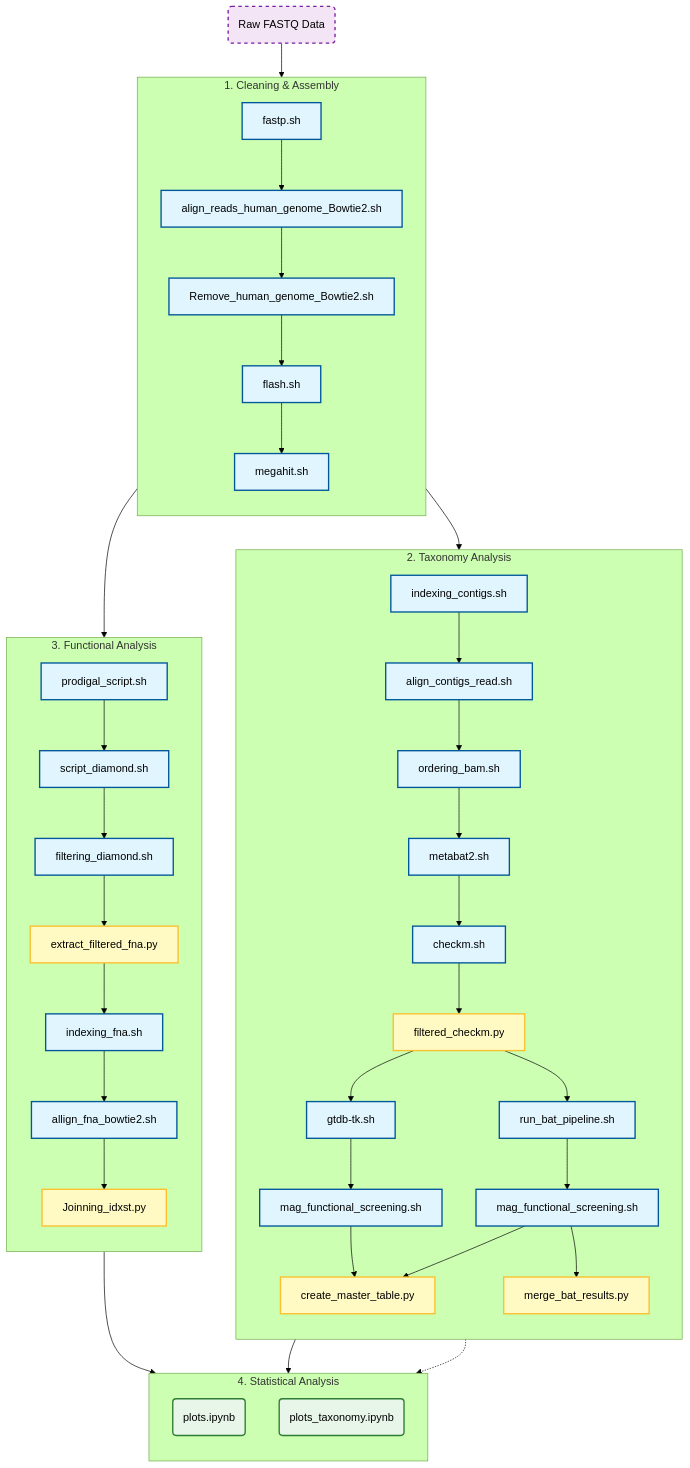
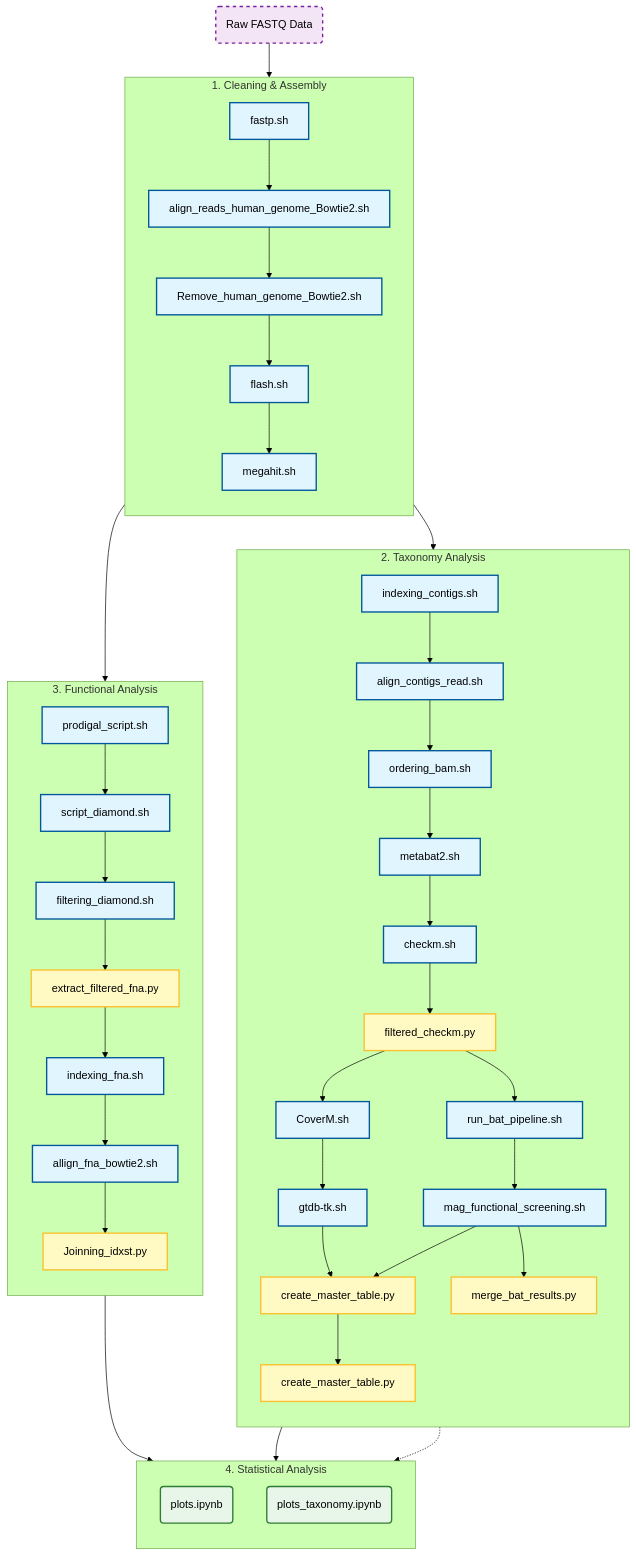
The diagram in README.md (Marcosv21/Doc_project), drawn with Mermaid (forest theme) before and after one commit. The commit also changed other lines of this file and 3 other files, not shown here.

````diff
--- a/README.md
+++ b/README.md
@@ -31,72 +31,72 @@
 ```mermaid
 graph TD
     %% Node Styles
     classDef shell fill:#e1f5fe,stroke:#01579b,stroke-width:2px,color:#000000;
     classDef python fill:#fff9c4,stroke:#fbc02d,stroke-width:2px,color:#000000;
     classDef ipynb fill:#e8f5e9,stroke:#2e7d32,stroke-width:2px,color:#000000;
     classDef start fill:#f3e5f5,stroke:#7b1fa2,stroke-width:2px,stroke-dasharray: 5 5,color:#000000;
 
     %% Start Node
     Input(Raw FASTQ Data):::start --> Clean1
 
     %% --- 1. CLEANING & ASSEMBLY ---
     subgraph Cleaning ["1. Cleaning & Assembly"]
         direction TB
         Clean1[fastp.sh]:::shell --> Clean2[align_reads_human_genome_Bowtie2.sh]:::shell
         Clean2 --> Clean3[Remove_human_genome_Bowtie2.sh]:::shell
         Clean3 --> Clean4[flash.sh]:::shell
         Clean4 --> Clean5[megahit.sh]:::shell
     end
 
     %% Fork: Assembly output goes to BOTH Functional and Taxonomy
     Clean5 --> Func1
     Clean5 --> Tax1
 
     %% --- 2. TAXONOMY ANALYSIS ---
     subgraph Taxonomy ["2. Taxonomy Analysis"]
         direction TB
         Tax1[indexing_contigs.sh]:::shell --> Tax2[align_contigs_read.sh]:::shell
         Tax2 --> Tax3[ordering_bam.sh]:::shell
         Tax3 --> Tax4[metabat2.sh]:::shell
         Tax4 --> Tax5[checkm.sh]:::shell
         Tax5 --> Tax6[filtered_checkm.py]:::python
-        
+        Tax6 --> Tax7[CoverM.sh]:::shell
         
         
         %% Caminho 1: GTDB (Padrão)
-        Tax6 --> Tax7[gtdb-tk.sh]:::shell
-        Tax7 --> Tax8[mag_functional_screening.sh]:::shell
-        Tax8 --> Tax9[create_master_table.py]:::python
+        Tax7 --> Tax8[gtdb-tk.sh]:::shell
+        Tax8 --> Tax9[mag_functional_screening.sh]:::shell
+        Tax9 --> Tax10[create_master_table.py]:::python
 
         %% Caminho 2: BAT/CAT (Validação)
         Tax6 --> TaxBAT1[run_bat_pipeline.sh]:::shell
         TaxBAT1 --> TaxBAT2[mag_functional_screening.sh]:::shell
         TaxBAT2 --> TaxBAT3[merge_bat_results.py]:::python
         TaxBAT2 --> Tax9[create_master_table.py]:::python
     end
 
     %% --- 3. FUNCTIONAL ANALYSIS ---
     subgraph Functional ["3. Functional Analysis"]
         direction TB
         Func1[prodigal_script.sh]:::shell --> Func2[script_diamond.sh]:::shell
         Func2 --> Func3[filtering_diamond.sh]:::shell
         Func3 --> Func4[extract_filtered_fna.py]:::python
         Func4 --> Func5[indexing_fna.sh]:::shell
         Func5 --> Func6[allign_fna_bowtie2.sh]:::shell
         Func6 --> Func7[Joinning_idxst.py]:::python
     end
 
     %% --- 4. STATISTICAL ANALYSIS ---
     subgraph Stats ["4. Statistical Analysis"]
         direction TB
         %% Functional result -> plots.ipynb
         Func7 --> Stat1(plots.ipynb):::ipynb
         
         %% Taxonomy result -> plots_taxonomy.ipynb
         Tax9 --> Stat2(plots_taxonomy.ipynb):::ipynb
         
         %% BAT result -> plots_taxonomy.ipynb (Pontilhado para indicar suporte)
         TaxBAT3 -.-> Stat2
     end
 
 ```
````
